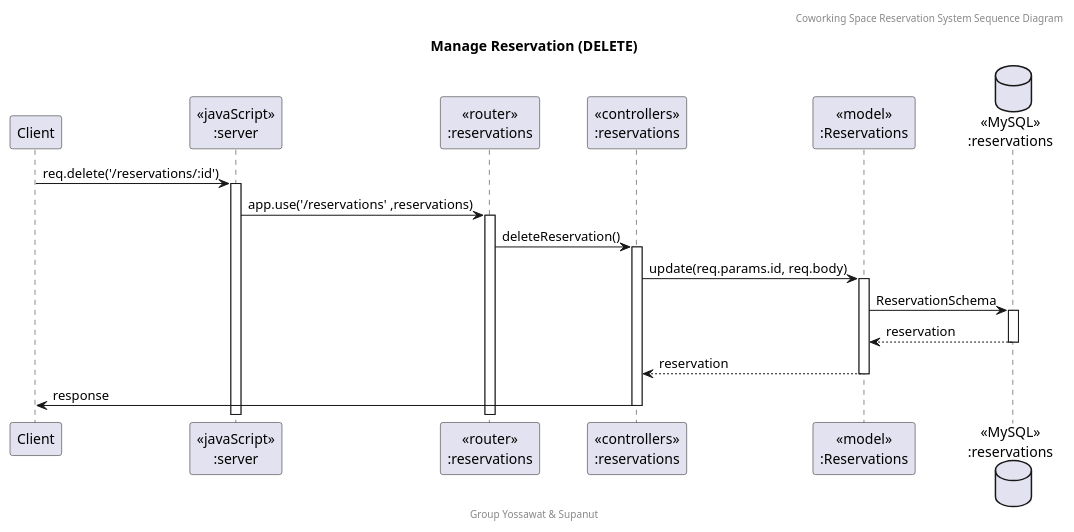
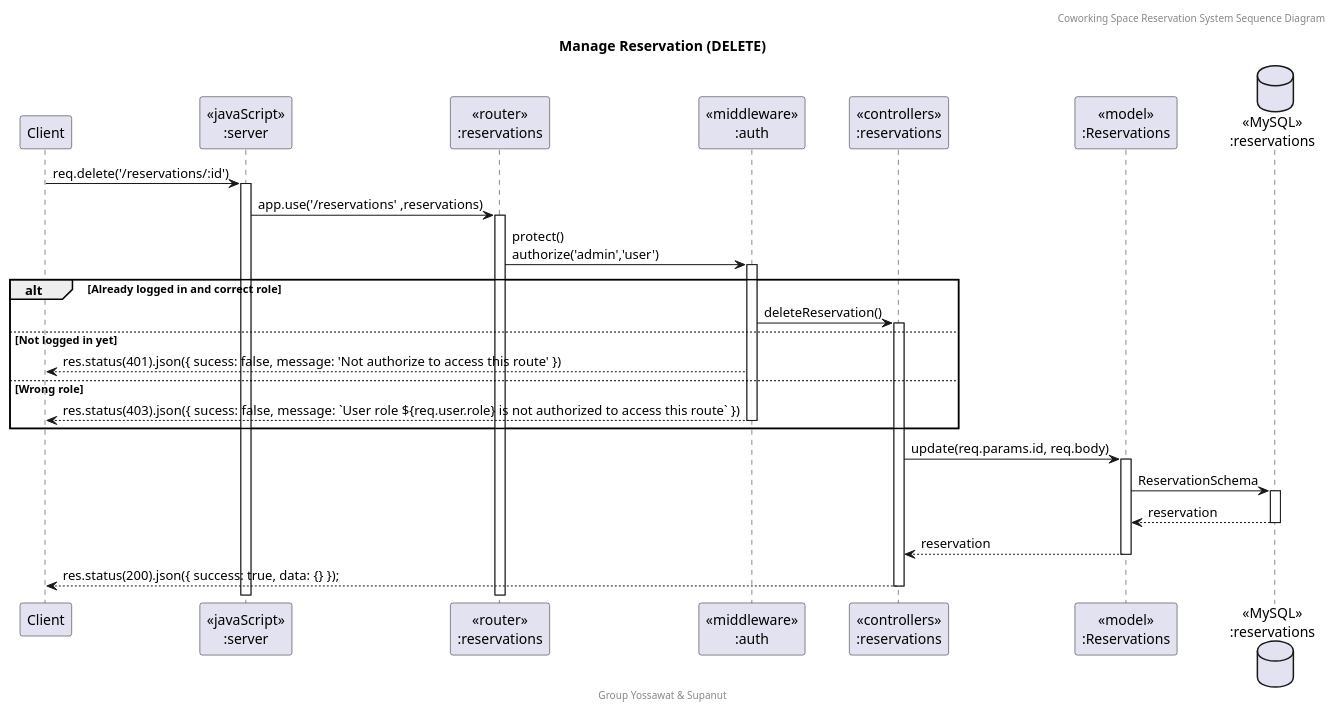
One commit to SupanutT/sw-dev-prac-project changed the diagram in doc/Sequence Diagram/puml/Re_Delete.puml. Above: the diagram before and after it, drawn with PlantUML. The commit also changed 8 other files, not shown here.

Commit message:
feat: sequence diagram (reservation)

```diff
--- a/doc/Sequence Diagram/puml/Re_Delete.puml
+++ b/doc/Sequence Diagram/puml/Re_Delete.puml
@@ -1,23 +1,31 @@
 @startuml Manage Reservation (DELETE)
 
 header Coworking Space Reservation System Sequence Diagram
 footer Group Yossawat & Supanut
 title "Manage Reservation (DELETE)"
 
 participant "Client" as client
 participant "<<javaScript>>\n:server" as server
 participant "<<router>>\n:reservations" as routerReservations
+participant "<<middleware>>\n:auth" as middleware
 participant "<<controllers>>\n:reservations" as controllersReservations
 participant "<<model>>\n:Reservations" as modelReservation
 database "<<MySQL>>\n:reservations" as ReservationsDatabase
 
 client -> server ++:req.delete('/reservations/:id')
 server -> routerReservations ++:app.use('/reservations' ,reservations)
-routerReservations -> controllersReservations ++: deleteReservation()
+routerReservations -> middleware ++:protect()\nauthorize('admin','user')
+alt Already logged in and correct role
+    middleware -> controllersReservations ++: deleteReservation()
+else Not logged in yet
+    middleware --> client : res.status(401).json({ sucess: false, message: 'Not authorize to access this route' })
+else Wrong role
+    middleware --> client --: res.status(403).json({ sucess: false, message: `User role ${req.user.role} is not authorized to access this route` })
+end
 controllersReservations -> modelReservation ++: update(req.params.id, req.body)
 modelReservation -> ReservationsDatabase ++: ReservationSchema
 ReservationsDatabase --> modelReservation --: reservation
 controllersReservations <-- modelReservation --: reservation
-controllersReservations -> client --:response
+controllersReservations --> client --: res.status(200).json({ success: true, data: {} });
 
 @enduml
```
